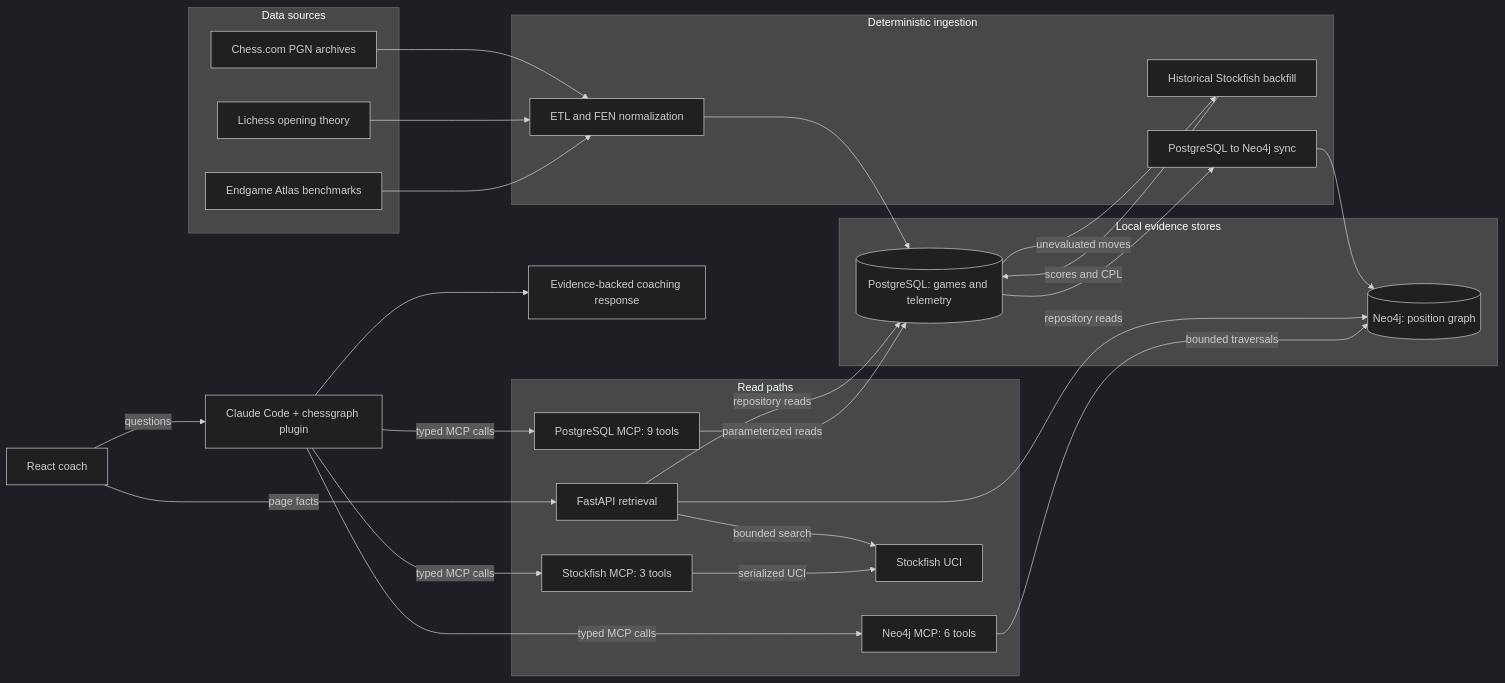
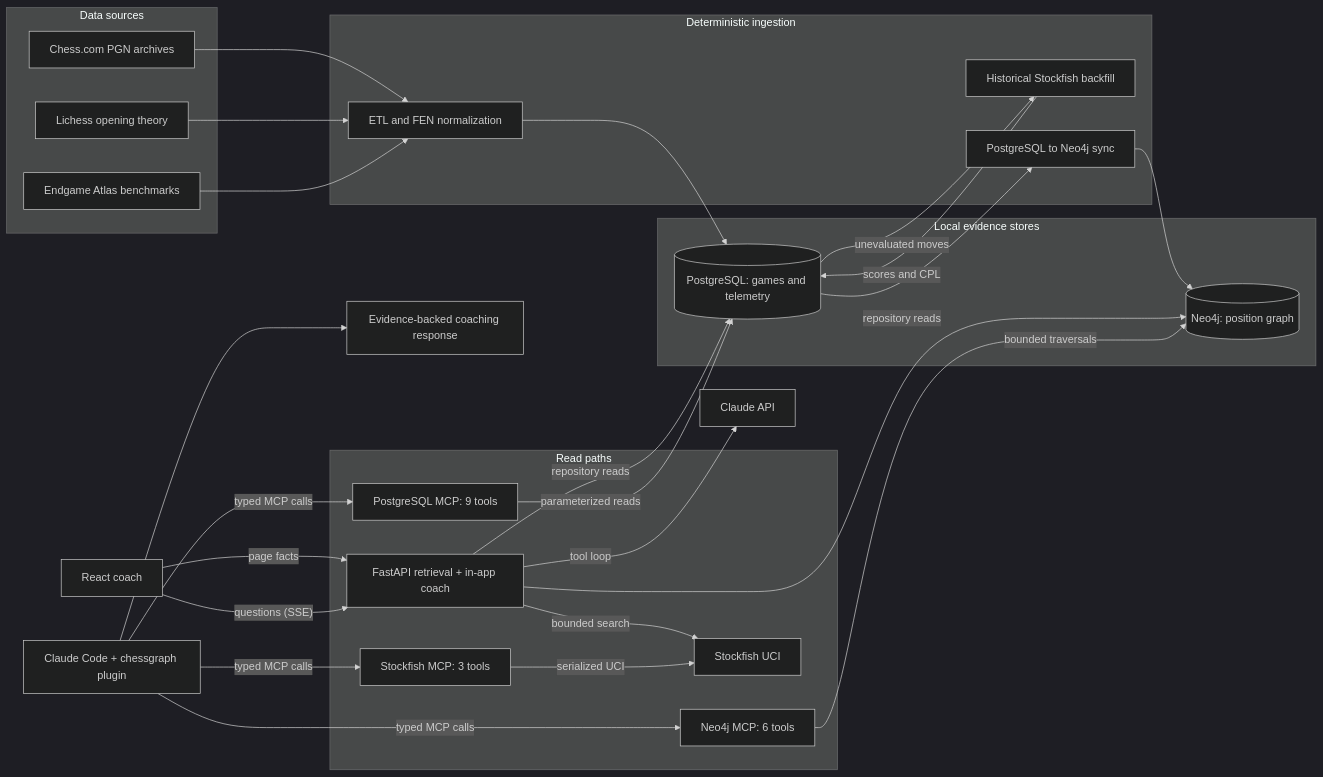
The first of 2 diagrams in README.md (JunENSAI/ChessGraph-MCP), drawn with Mermaid (dark theme) before and after one commit. The commit also changed other lines of this file and 24 other files, not shown here.

First line of the commit message:
feat: batch 3 - in-app coach on the Claude API with offline evidence mode

````diff
--- a/README.md
+++ b/README.md
@@ -48,53 +48,54 @@
 ```mermaid
 flowchart LR
     subgraph sources [Data sources]
         pgn["Chess.com PGN archives"]
         openings["Lichess opening theory"]
         endgames["Endgame Atlas benchmarks"]
     end
 
     subgraph ingestion [Deterministic ingestion]
         normalizer["ETL and FEN normalization"]
         backfill["Historical Stockfish backfill"]
         graphSync["PostgreSQL to Neo4j sync"]
     end
 
     subgraph knowledge [Local evidence stores]
         postgres[("PostgreSQL: games and telemetry")]
         neo4j[("Neo4j: position graph")]
     end
 
     subgraph runtime [Read paths]
-        api["FastAPI retrieval"]
+        api["FastAPI retrieval + in-app coach"]
         pgMcp["PostgreSQL MCP: 9 tools"]
         graphMcp["Neo4j MCP: 6 tools"]
         sfMcp["Stockfish MCP: 3 tools"]
         stockfish["Stockfish UCI"]
     end
 
     ui["React coach"]
     host["Claude Code + chessgraph plugin"]
     coach["Evidence-backed coaching response"]
 
     pgn --> normalizer
     openings --> normalizer
     endgames --> normalizer
     normalizer --> postgres
     postgres -->|"unevaluated moves"| backfill
     backfill -->|"scores and CPL"| postgres
     postgres --> graphSync
     graphSync --> neo4j
 
     ui -->|"page facts"| api
-    ui -->|"questions"| host
+    ui -->|"questions (SSE)"| api
+    api -->|"tool loop"| claudeApi["Claude API"]
     api -->|"repository reads"| postgres
     api -->|"repository reads"| neo4j
     api -->|"bounded search"| stockfish
     host -->|"typed MCP calls"| pgMcp
     host -->|"typed MCP calls"| graphMcp
     host -->|"typed MCP calls"| sfMcp
     pgMcp -->|"parameterized reads"| postgres
     graphMcp -->|"bounded traversals"| neo4j
     sfMcp -->|"serialized UCI"| stockfish
     host --> coach
 ```
````
